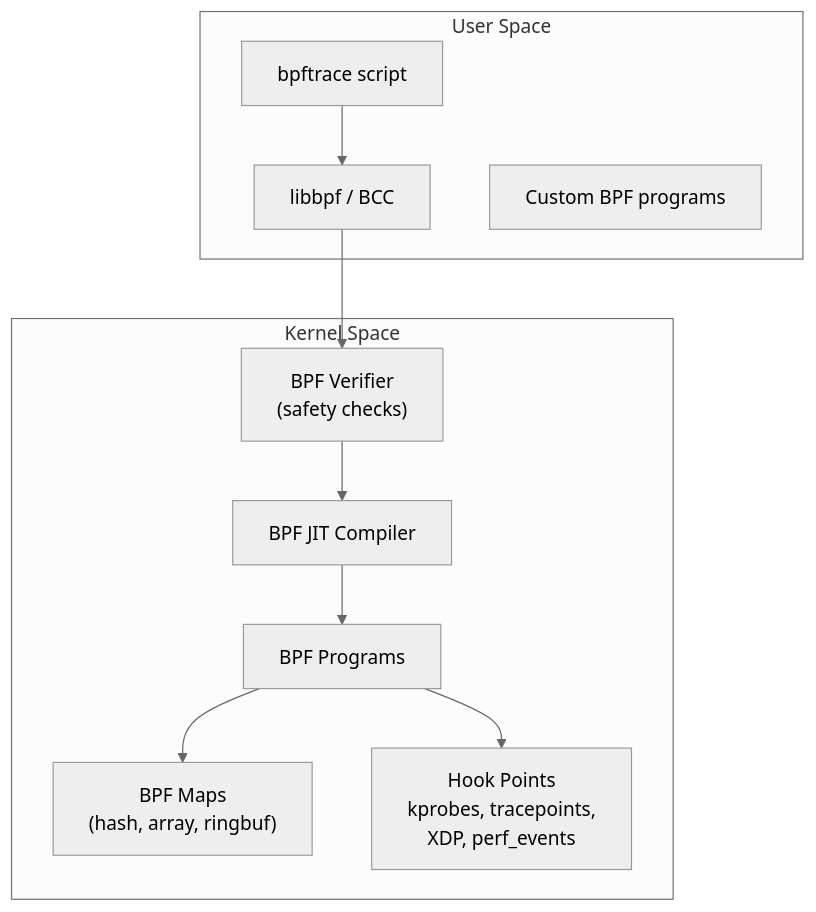
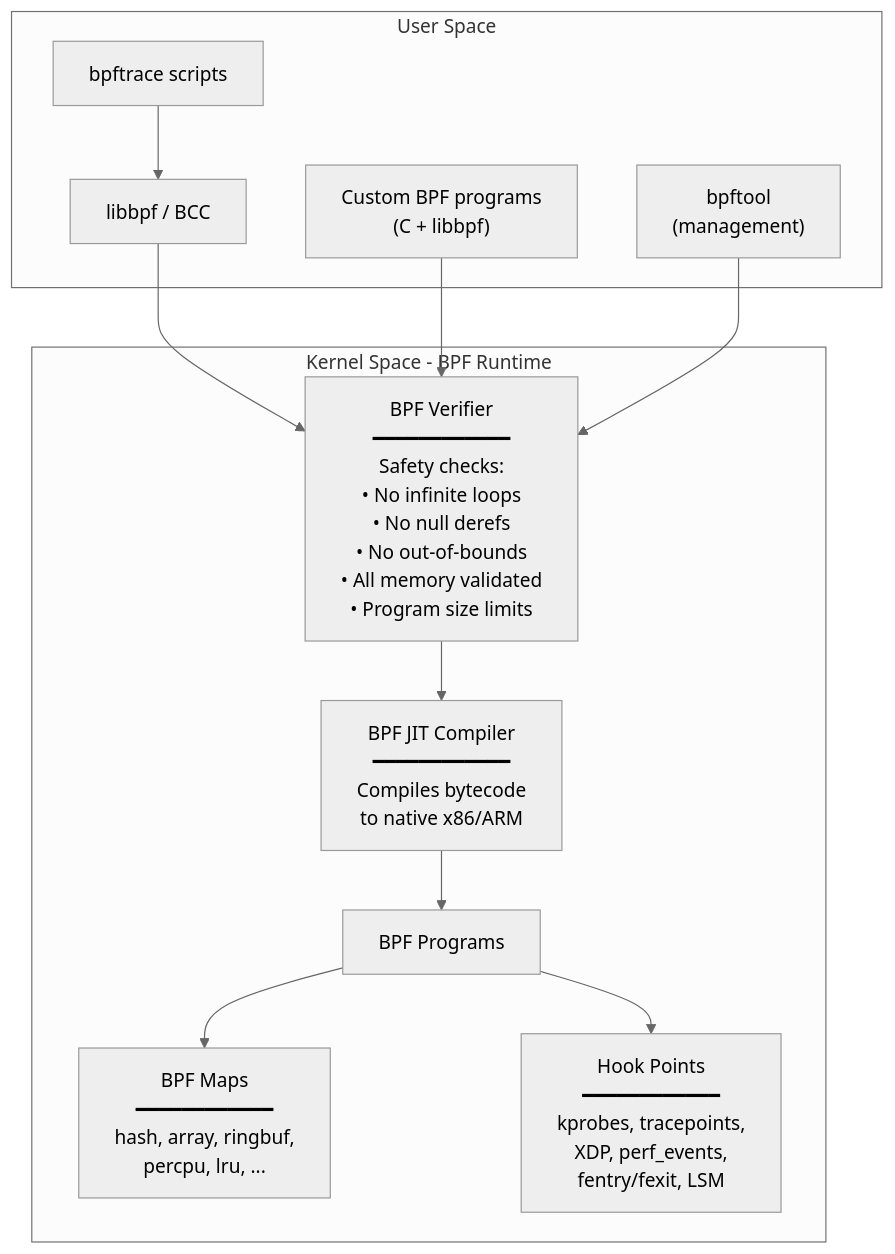
Before and after one commit to Abhinav-Kumar012/lb2: the first of 3 diagrams in src/observability/bpf-bpftrace.md, drawn with Mermaid (neutral theme). The commit also changed other lines of this file and 1 other file, not shown here.

Commit message:
Expand bpf-bpftrace.md: BPF map types, map operations, bpftrace syntax reference, one-liners, BCC tools, real-world recipes, libbpf examples

````diff
--- a/src/observability/bpf-bpftrace.md
+++ b/src/observability/bpf-bpftrace.md
@@ -11,19 +13,23 @@
 ```mermaid
 graph TD
     subgraph "User Space"
-        BT["bpftrace script"]
+        BT["bpftrace scripts"]
         LIB["libbpf / BCC"]
-        APP["Custom BPF programs"]
+        APP["Custom BPF programs<br/>(C + libbpf)"]
+        BPFTOOL["bpftool<br/>(management)"]
     end
-    subgraph "Kernel Space"
-        VER["BPF Verifier<br/>(safety checks)"]
-        JIT["BPF JIT Compiler"]
+    subgraph "Kernel Space - BPF Runtime"
+        VER["BPF Verifier<br/>━━━━━━━━━━━━<br/>Safety checks:<br/>• No infinite loops<br/>• No null derefs<br/>• No out-of-bounds<br/>• All memory validated<br/>• Program size limits"]
+        JIT["BPF JIT Compiler<br/>━━━━━━━━━━━━<br/>Compiles bytecode<br/>to native x86/ARM"]
         PROG["BPF Programs"]
-        MAP["BPF Maps<br/>(hash, array, ringbuf)"]
-        HOOK["Hook Points<br/>kprobes, tracepoints,<br/>XDP, perf_events"]
+        MAP["BPF Maps<br/>━━━━━━━━━━━━<br/>hash, array, ringbuf,<br/>percpu, lru, ..."]
+        HOOK["Hook Points<br/>━━━━━━━━━━━━<br/>kprobes, tracepoints,<br/>XDP, perf_events,<br/>fentry/fexit, LSM"]
     end
     BT --> LIB
-    LIB --> VER --> JIT --> PROG
+    LIB --> VER
+    APP --> VER
+    BPFTOOL --> VER
+    VER --> JIT --> PROG
     PROG --> MAP
     PROG --> HOOK
 ```
````
